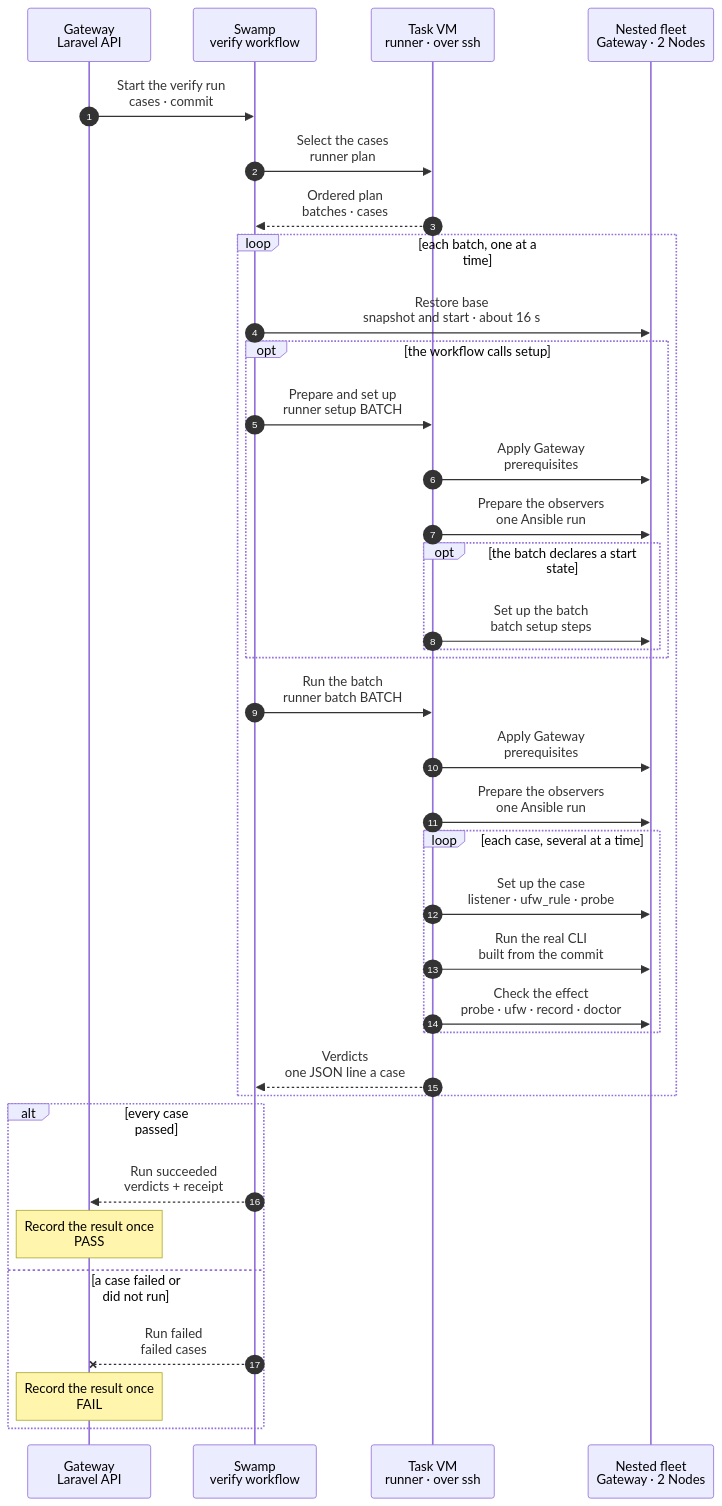
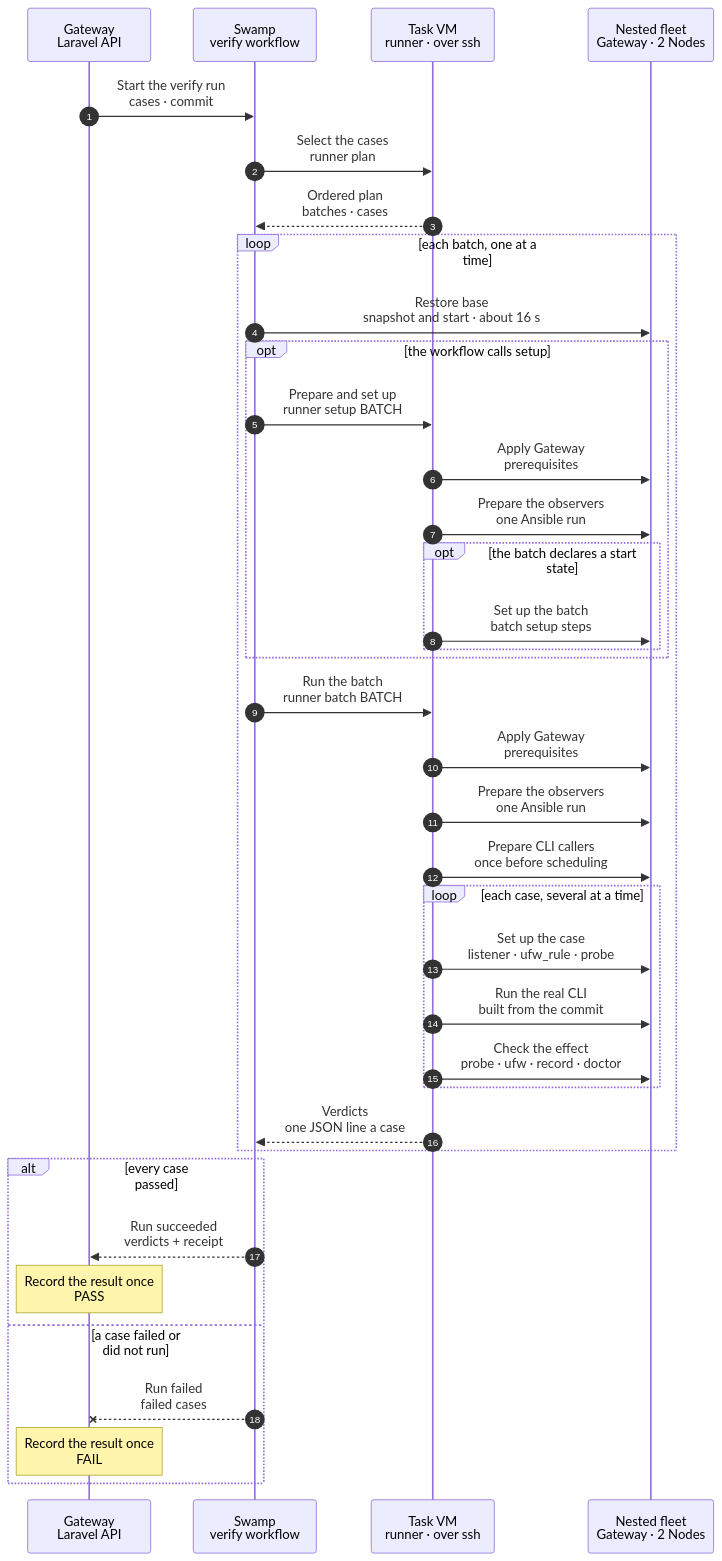
One commit to hardimpactdev/orbit changed the diagram in docs/reference/pipeline/3-proof-runner.mmd. Above: the diagram before and after it, drawn with Mermaid. The commit also changed 7 other files, not shown here.

Commit message:
fix(proof): prepare CLI callers before scheduling cases

```diff
--- a/docs/reference/pipeline/3-proof-runner.mmd
+++ b/docs/reference/pipeline/3-proof-runner.mmd
@@ -1,85 +1,87 @@
 sequenceDiagram
   %% Target design: the proof runner inside stage 3 of the command development pipeline (design: reference/verification-cases). One shared runner executes the cases of one command; each batch restores the task's base snapshot once, cases use their own resources and undo nothing, the cases of a batch run in one step, several at a time with readers sharing each Node; a case is a specification built from a fixed set of steps. Orbit's own Swamp runs the runner over SSH in the task VM, as part of the "Run the proof" child of proof:run. The Gateway only admits the request and records the verdicts.
   %% status: draft
   %% command: development pipeline stage 3 · proof runner
   %% kind: pipeline.3-proof-runner
   autonumber
   %% lane GW icon=gateway pill=intent tone=blue
   %% lane SW icon=workflow pill=executes tone=green
   %% lane VM icon=server pill=target tone=purple
   %% lane NT icon=server pill=fleet tone=amber
   participant GW as Gateway<br/>Laravel API
   participant SW as Swamp<br/>verify workflow
   participant VM as Task VM<br/>runner · over ssh
   participant NT as Nested fleet<br/>Gateway · 2 Nodes
   GW->>SW: Start the verify run<br/>cases · commit
   %%> Inputs:
   %%> - the commit and the one command whose cases run; in CI, `proof:run` proves each affected command separately
   %%> Why:
   %%> - the Gateway only authorizes; Swamp owns the run and its state
   SW->>VM: Select the cases<br/>runner plan
   %%> What it does:
   %%> - reads the command's cases file at the tested commit
   %%> - refuses a case with an unknown step, an unknown chart path or no batch
   %%> - lists the chart paths, options and codes that no case covers
   %%> - groups the cases by batch, in the order of `swamp/proof/batches.yaml`; inside a batch, in file order
   %%> - `runner plan --lines` prints one line a batch, `BATCH SETUP CASE...`, which the workflow reads; the workflow `proof-fleet-verify` is built
   VM-->>SW: Ordered plan<br/>batches · cases
   loop each batch, one at a time
     SW->>NT: Restore base<br/>snapshot and start · about 16 s
     %%> What it does:
     %%> - restores the task's plain snapshot `base` of the three nested containers (a reboot); skipped when the fleet is still at `base`, as for the first batch
     %%> - a restore that fails or is not healthy within 45 s stops the run; the cases that did not run become `unrun` with cause `infrastructure`
     %%> - built, not yet passed live: the step is the workflow `proof-fleet-restore` (restore, start, boot wait, readiness, apply the checkout), which `proof-fleet-verify-batch` calls; 0 of 2 runs succeeded by 2026-11-06; the old `runner restore` was removed
     opt the workflow calls setup
       SW->>VM: Prepare and set up<br/>runner setup BATCH
       %%> New workflows always call setup. Older released workflows may skip it for a batch without setup steps.
       VM->>NT: Apply Gateway<br/>prerequisites
       VM->>NT: Prepare the observers<br/>one Ansible run
       %%> Installs the candidate pin using Node convergence's checksum-verified atomic replacement task. Stops all observers, discards old host receipts, starts the observers and waits for the Gateway to record each expected version plus a new host fact. No new base snapshot.
       %%> Preparation has its own 330-second bound. Setup gets a separate 120 seconds within the 480-second transport limit.
       opt the batch declares a start state
         VM->>NT: Set up the batch<br/>batch setup steps
       end
     end
     SW->>VM: Run the batch<br/>runner batch BATCH
     %%> What it does:
     %%> - one Swamp step runs every case of the batch; the runner reads the fleet once
     %%> - the cases run several at a time (the `parallel` key of the cases file, 4 by default), on the Nodes of the cases file's `spread`
     %%> - cases that change nothing are readers: several may read one Node together; a writer, including a fault or a held lock, is the only case on its Node until it ends
     %%> - resolve every CLI call's write kind and target before granting locks; a cross-Node or unresolved target, or a command without a known write scope, runs alone with an unfiltered Operation audit
-    %%> - `request: none` audits the actual CLI call; `operations` compares every CLI step's scope, with filters before the newest-50 limit and newest IDs detecting added Operations
+    %%> - `request: none` audits the actual CLI call; `operations` compares every CLI step's scope, with filters before selecting the newest page and newest IDs detecting added Operations
     %%> - cases that change the shared fleet (`agent_report`, `node_down`, `node_access_remove`, `ipv6_addresses`, `node_fixture`, `recorded_request`), read every Node, work on another Node or set `exclusive: true` run alone, after the others
     %%> - no restore after a failed case: cases use their own resources, undo nothing, and the next batch restores anyway
     %%> Result:
     %%> - one verdict line a case, those that did not pass first; the full receipt of each stays in the evidence directory
     VM->>NT: Apply Gateway<br/>prerequisites
     VM->>NT: Prepare the observers<br/>one Ansible run
     %%> The batch always prepares independently, even if setup succeeded or an older workflow skipped setup. A preparation failure prints infrastructure failures and starts no case. Direct runner case calls require the same preparation.
+    VM->>NT: Prepare CLI callers<br/>once before scheduling
+    %%> Mounts the checkout and prepares the CLI home, CA and profile on each Node required by cli.as. No caller preparation writes occur during cases. Direct runner case calls prepare their caller too. A preparation failure starts no case.
     loop each case, several at a time
       VM->>NT: Set up the case<br/>listener · ufw_rule · probe
       %%> What it does:
       %%> - builds the starting state, then probes it, for example a blocked port and a working control port
       %%> - a bound firewall anchor matches the current case's tuple and comment for the same protocol, so a repeated comment from an earlier case or another protocol cannot select its rule
       %%> When:
       %%> - a failed setup step ends the case as `unrun`; it is not a pass
       VM->>NT: Run the real CLI<br/>built from the commit
       %%> What it does:
       %%> - the `act` steps call the command through its real interface and check exit status, result code and skip reason
       VM->>NT: Check the effect<br/>probe · ufw · record · doctor
       %%> What it does:
       %%> - the `expect` steps check traffic, rule order, the Gateway record and Doctor
       %%> - every step runs, so one verdict lists all failures
     end
     VM-->>SW: Verdicts<br/>one JSON line a case
     %%> Returns:
     %%> - the case id, `passed`, `failed` (cause `assertion` or `infrastructure`) or `unrun` (cause `precondition`), the failed checks and the seconds
-    %%> - Swamp cuts a step's output at 4096 bytes: the runner prints the lines that did not pass first, and counts the lines it had to leave out; a case without a line is reported as having printed no verdict
+    %%> - keeps every verdict line in the full result artifact, with those that did not pass first; the separate 4 KiB history tail is not the report
   end
   alt every case passed
     SW-->>GW: Run succeeded<br/>verdicts + receipt
     Note over GW: Record the result once<br/>PASS
   else a case failed or did not run
     SW--xGW: Run failed<br/>failed cases
     Note over GW: Record the result once<br/>FAIL
   end
```
